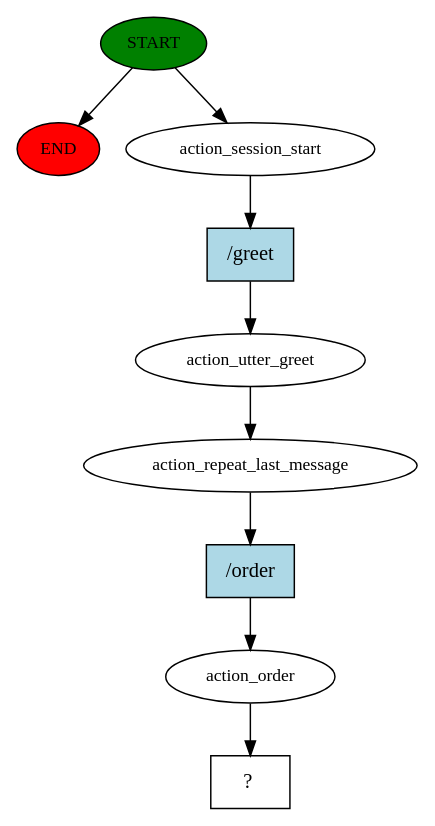
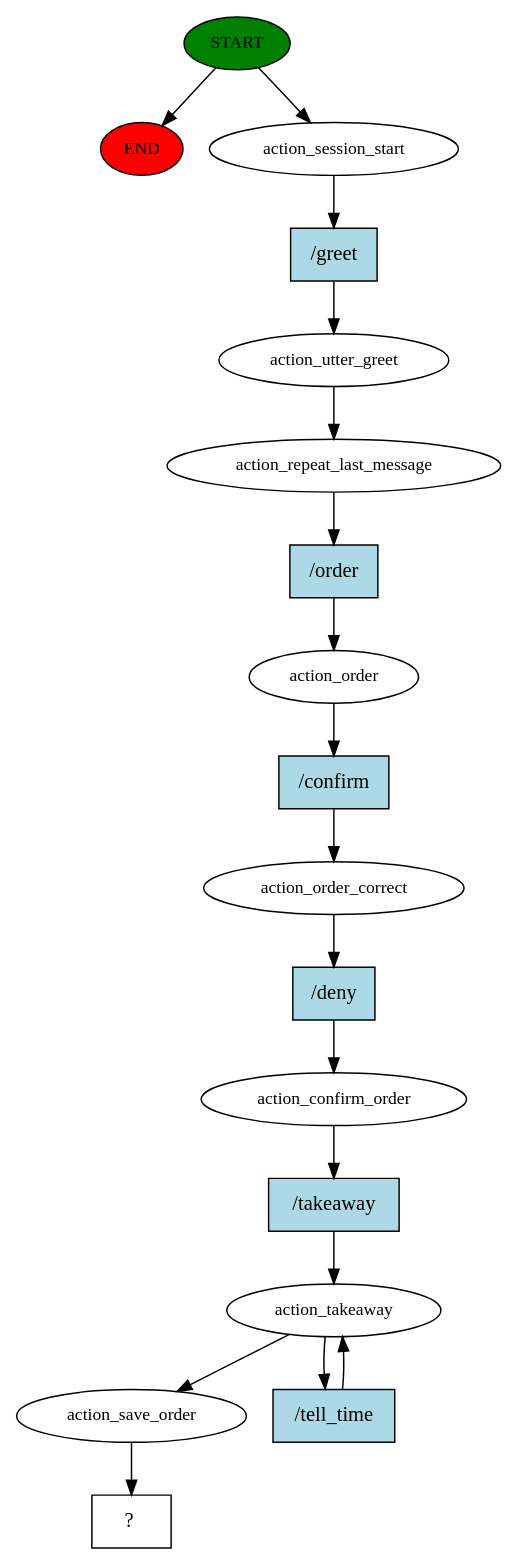
Before and after one commit to francesco-vaccari/HMD-Project: the diagram in rasa project/story_graph.dot, drawn with Graphviz. The commit also changed 60 other files, not shown here.

```diff
--- a/rasa project/story_graph.dot
+++ b/rasa project/story_graph.dot
@@ -1,19 +1,36 @@
 digraph  {
 0 [class="start active", fillcolor=green, fontsize=12, label=START, style=filled];
 "-1" [class=end, fillcolor=red, fontsize=12, label=END, style=filled];
 1 [class=active, fontsize=12, label=action_session_start];
 2 [class=active, fontsize=12, label=action_utter_greet];
 3 [class=active, fontsize=12, label=action_repeat_last_message];
 4 [class=active, fontsize=12, label=action_order];
-5 [class="intent dashed active", label="  ?  ", shape=rect];
-6 [class="intent active", fillcolor=lightblue, label="/greet", shape=rect, style=filled];
-7 [class="intent active", fillcolor=lightblue, label="/order", shape=rect, style=filled];
+5 [class=active, fontsize=12, label=action_order_correct];
+6 [class=active, fontsize=12, label=action_confirm_order];
+7 [class=active, fontsize=12, label=action_takeaway];
+10 [class=active, fontsize=12, label=action_save_order];
+11 [class="intent dashed active", label="  ?  ", shape=rect];
+12 [class="intent active", fillcolor=lightblue, label="/greet", shape=rect, style=filled];
+13 [class="intent active", fillcolor=lightblue, label="/order", shape=rect, style=filled];
+14 [class="intent active", fillcolor=lightblue, label="/confirm", shape=rect, style=filled];
+15 [class="intent active", fillcolor=lightblue, label="/deny", shape=rect, style=filled];
+16 [class="intent active", fillcolor=lightblue, label="/takeaway", shape=rect, style=filled];
+17 [class="intent active", fillcolor=lightblue, label="/tell_time", shape=rect, style=filled];
 0 -> "-1"  [class="", key=NONE, label=""];
 0 -> 1  [class=active, key=NONE, label=""];
-1 -> 6  [class=active, key=0];
+1 -> 12  [class=active, key=0];
 2 -> 3  [class=active, key=NONE, label=""];
-3 -> 7  [class=active, key=0];
-4 -> 5  [class=active, key=NONE, label=""];
-6 -> 2  [class=active, key=0];
-7 -> 4  [class=active, key=0];
+3 -> 13  [class=active, key=0];
+4 -> 14  [class=active, key=0];
+5 -> 15  [class=active, key=0];
+6 -> 16  [class=active, key=0];
+7 -> 10  [class=active, key=NONE, label=""];
+7 -> 17  [class=active, key=0];
+10 -> 11  [class=active, key=NONE, label=""];
+12 -> 2  [class=active, key=0];
+13 -> 4  [class=active, key=0];
+14 -> 5  [class=active, key=0];
+15 -> 6  [class=active, key=0];
+16 -> 7  [class=active, key=0];
+17 -> 7  [class=active, key=0];
 }
```
